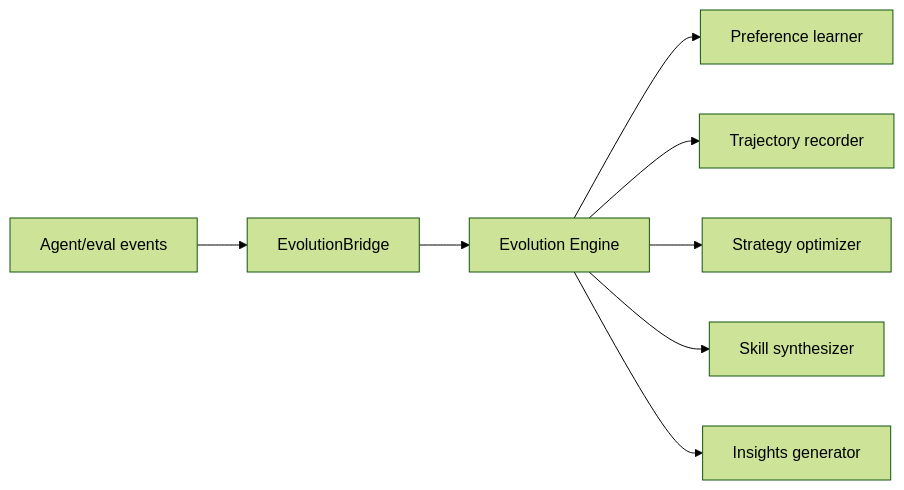
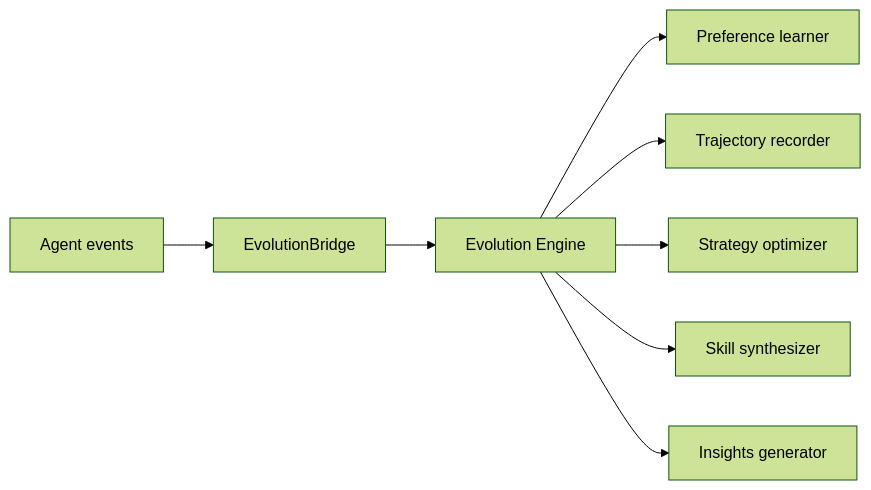
One commit to Forest-Isle/daimon changed the diagram in docs/09-evolution-eval-training.md. Above: the diagram before and after it, drawn with Mermaid (forest theme). The commit also changed other lines of this file and 61 other files, not shown here.

````diff
--- a/docs/09-evolution-eval-training.md
+++ b/docs/09-evolution-eval-training.md
@@ -28,10 +28,10 @@
 ```mermaid
 flowchart LR
-    AgentEvents[Agent/eval events] --> Bridge[EvolutionBridge]
+    AgentEvents[Agent events] --> Bridge[EvolutionBridge]
     Bridge --> Engine[Evolution Engine]
     Engine --> Preferences[Preference learner]
     Engine --> Trajectories[Trajectory recorder]
     Engine --> Strategy[Strategy optimizer]
     Engine --> Skills[Skill synthesizer]
     Engine --> Insights[Insights generator]
 ```
````
